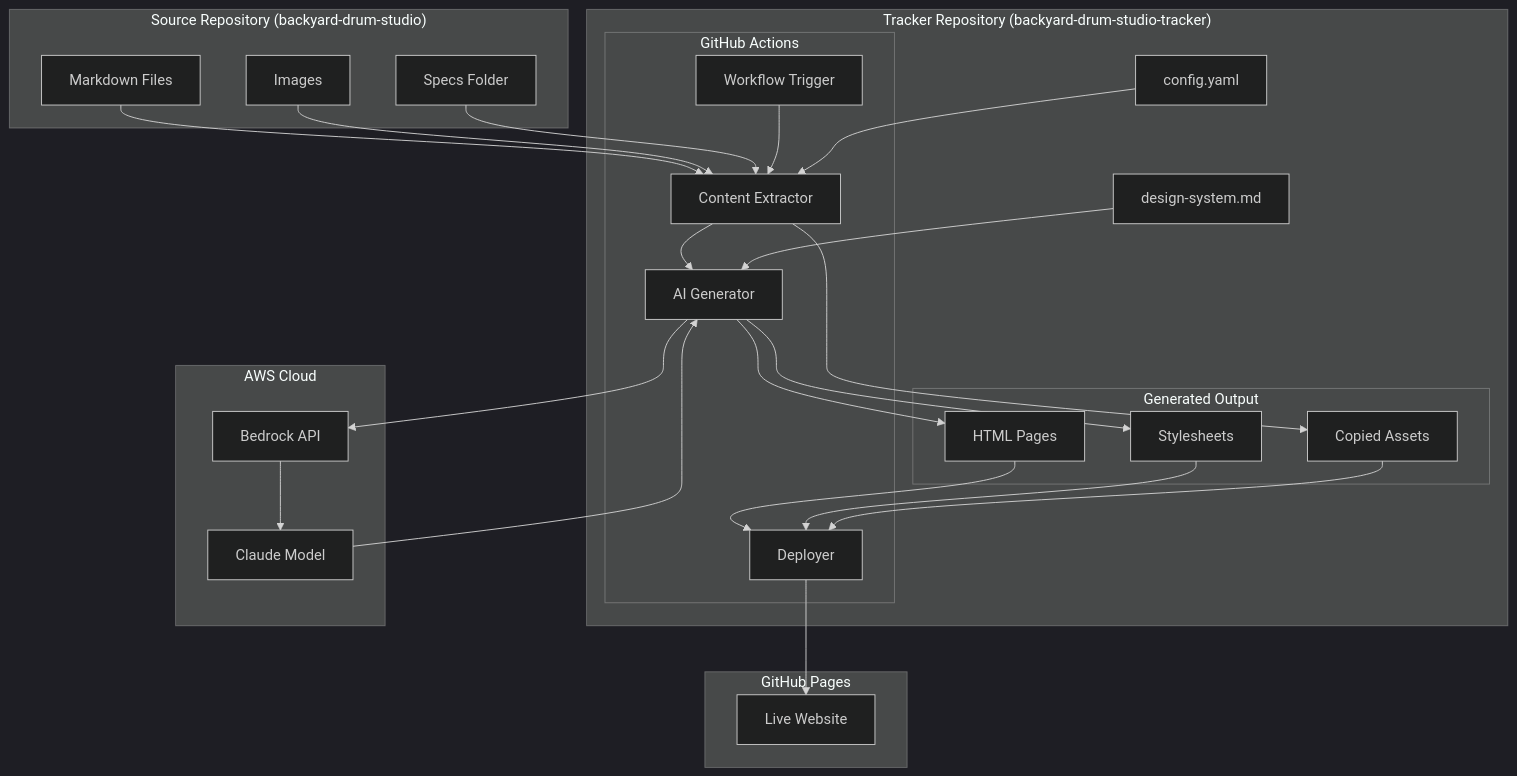
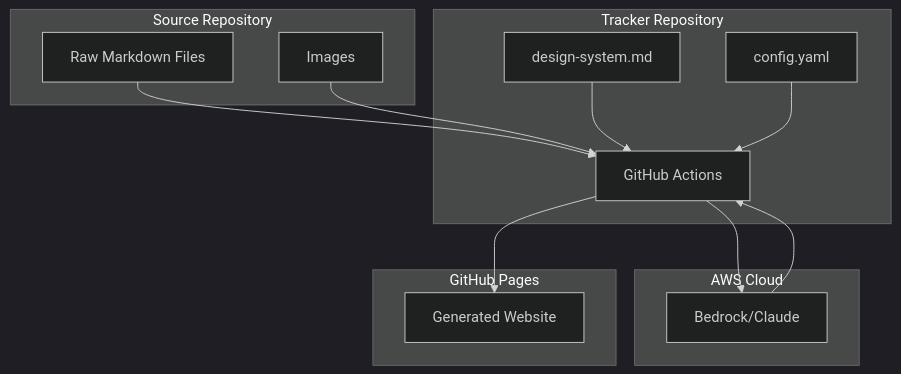
One commit to MisterBuildMan/backyard-drum-studio-tracker changed the diagram in .kiro/specs/automated-tracker/design.md. Above: the diagram before and after it, drawn with Mermaid (dark theme). The commit also changed other lines of this file and 17 other files, not shown here.

First line of the commit message:
feat: complete site generator with hand-drawn B&W styling

````diff
--- a/.kiro/specs/automated-tracker/design.md
+++ b/.kiro/specs/automated-tracker/design.md
@@ -17,55 +11,29 @@
 ```mermaid
 flowchart TB
-    subgraph Source["Source Repository (backyard-drum-studio)"]
-        MD[Markdown Files]
+    subgraph Source["Source Repository"]
+        FILES[Raw Markdown Files]
         IMG[Images]
-        SPECS[Specs Folder]
     end
 
-    subgraph Tracker["Tracker Repository (backyard-drum-studio-tracker)"]
-        subgraph GHA["GitHub Actions"]
-            TRIGGER[Workflow Trigger]
-            EXTRACT[Content Extractor]
-            GENERATE[AI Generator]
-            DEPLOY[Deployer]
-        end
-        
+    subgraph Tracker["Tracker Repository"]
+        WORKFLOW[GitHub Actions]
+        DESIGN[design-system.md]
         CONFIG[config.yaml]
-        DESIGN[design-system.md]
-        
-        subgraph Output["Generated Output"]
-            HTML[HTML Pages]
-            CSS[Stylesheets]
-            ASSETS[Copied Assets]
-        end
     end
 
     subgraph AWS["AWS Cloud"]
-        BEDROCK[Bedrock API]
-        CLAUDE[Claude Model]
+        BEDROCK[Bedrock/Claude]
     end
 
-    subgraph GHP["GitHub Pages"]
-        SITE[Live Website]
+    subgraph Output["GitHub Pages"]
+        SITE[Generated Website]
     end
 
-    MD --> EXTRACT
-    IMG --> EXTRACT
-    SPECS --> EXTRACT
-    
-    TRIGGER --> EXTRACT
-    CONFIG --> EXTRACT
-    EXTRACT --> GENERATE
-    DESIGN --> GENERATE
-    GENERATE --> BEDROCK
-    BEDROCK --> CLAUDE
-    CLAUDE --> GENERATE
-    GENERATE --> HTML
-    GENERATE --> CSS
-    EXTRACT --> ASSETS
-    
-    HTML --> DEPLOY
-    CSS --> DEPLOY
-    ASSETS --> DEPLOY
-    DEPLOY --> SITE
+    FILES --> WORKFLOW
+    IMG --> WORKFLOW
+    DESIGN --> WORKFLOW
+    CONFIG --> WORKFLOW
+    WORKFLOW --> BEDROCK
+    BEDROCK --> WORKFLOW
+    WORKFLOW --> SITE
 ```
````
